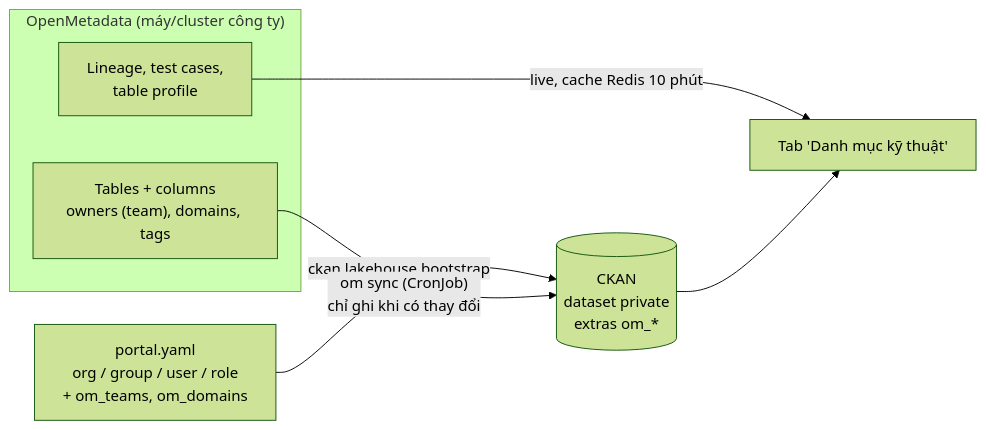
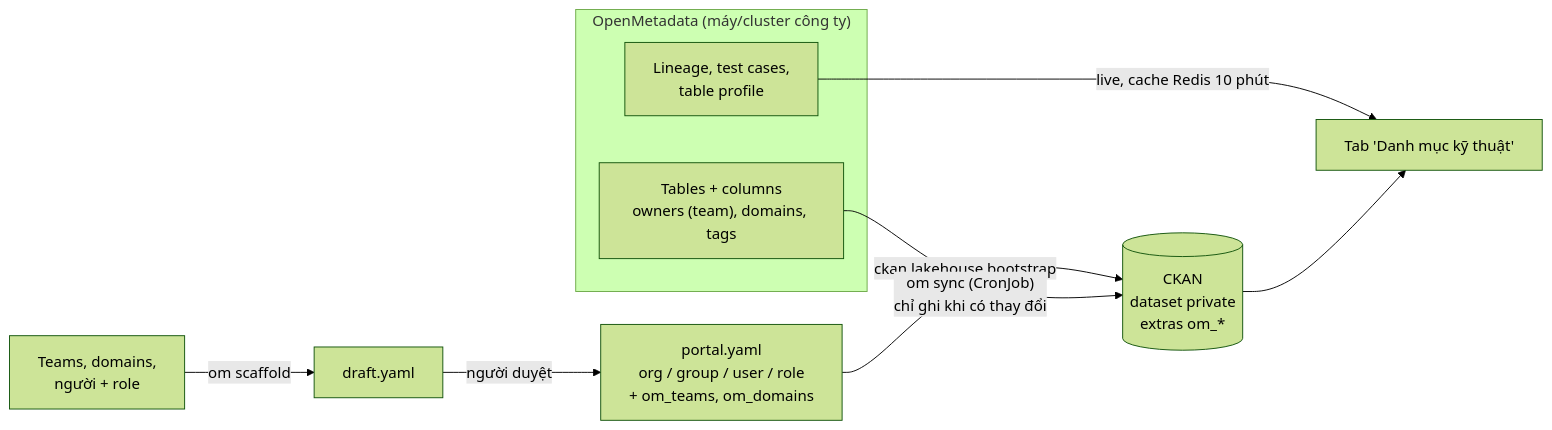
The diagram in docs/phase-4-content-openmetadata.md (jayyyyte/ckan_customized), drawn with Mermaid (forest theme) before and after one commit. The commit also changed other lines of this file and 3 other files, not shown here.

````diff
--- a/docs/phase-4-content-openmetadata.md
+++ b/docs/phase-4-content-openmetadata.md
@@ -19,11 +20,12 @@
 ```mermaid
 flowchart LR
   subgraph OM["OpenMetadata (máy/cluster công ty)"]
     T["Tables + columns<br/>owners (team), domains, tags"]
     L["Lineage, test cases,<br/>table profile"]
   end
+  TD["Teams, domains,<br/>người + role"] -->|om scaffold| D["draft.yaml"] -->|người duyệt| Y
   Y["portal.yaml<br/>org / group / user / role<br/>+ om_teams, om_domains"] -->|ckan lakehouse bootstrap| C
   T -->|"om sync (CronJob)<br/>chỉ ghi khi có thay đổi"| C[("CKAN<br/>dataset private<br/>extras om_*")]
   L -->|"live, cache Redis 10 phút"| P["Tab 'Danh mục kỹ thuật'"]
   C --> P
 ```
````
